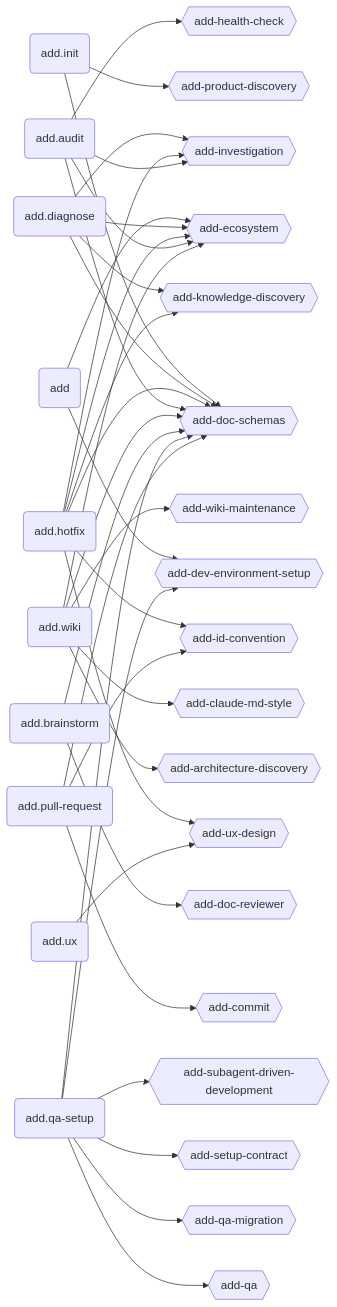
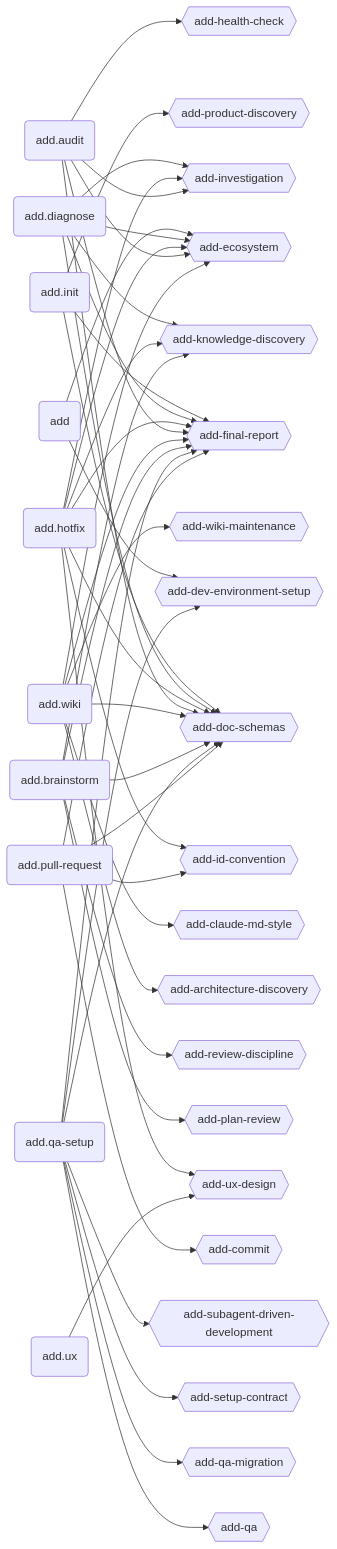
Before and after one commit to brabos-ai/code-addiction: the second of 3 diagrams in ecosystem.md, drawn with Mermaid. The commit also changed other lines of this file and 3 other files, not shown here.

````diff
--- a/ecosystem.md
+++ b/ecosystem.md
@@ -46,43 +48,45 @@
 ```mermaid
 graph LR
   ADD(add)
   INIT(add.init)
   DIAGNOSE(add.diagnose)
   HOTFIX(add.hotfix)
   AUDIT(add.audit)
   WIKI(add.wiki)
   BRAINSTORM(add.brainstorm)
   UX(add.ux)
   QASETUP(add.qa-setup)
   PULLREQUEST(add.pull-request)
 
   ARDI{{add-architecture-discovery}}
   CLMDST{{add-claude-md-style}}
   CO{{add-commit}}
   DEENSE{{add-dev-environment-setup}}
-  DORE{{add-doc-reviewer}}
   DOSC{{add-doc-schemas}}
   EC{{add-ecosystem}}
+  FINR{{add-final-report}}
   HECH{{add-health-check}}
   IDCO{{add-id-convention}}
   IN{{add-investigation}}
   KNDI{{add-knowledge-discovery}}
   PRDI{{add-product-discovery}}
+  PRV{{add-plan-review}}
   QA{{add-qa}}
   QAMI{{add-qa-migration}}
+  RVDI{{add-review-discipline}}
   SECO{{add-setup-contract}}
-  SUDRDE{{add-subagent-driven-development}}
+  SDDA{{add-subagent-driven-development}}
   UXDE{{add-ux-design}}
   WIMA{{add-wiki-maintenance}}
 
   ADD --> DEENSE & EC
-  INIT --> DOSC & PRDI
-  DIAGNOSE --> DOSC & EC & IN & KNDI
-  HOTFIX --> DOSC & EC & IDCO & IN & KNDI & UXDE
-  AUDIT --> DOSC & EC & HECH & IN
-  WIKI --> ARDI & CLMDST & DOSC & EC & WIMA
-  BRAINSTORM --> DORE & DOSC
+  INIT --> DOSC & FINR & PRDI
+  DIAGNOSE --> DOSC & EC & FINR & IN & KNDI
+  HOTFIX --> DOSC & EC & FINR & IDCO & IN & KNDI & UXDE
+  AUDIT --> DOSC & EC & FINR & HECH & IN
+  WIKI --> ARDI & CLMDST & DOSC & EC & FINR & WIMA
+  BRAINSTORM --> DOSC & FINR & KNDI & PRV & RVDI
   UX --> UXDE
-  QASETUP --> DEENSE & DOSC & QA & QAMI & SECO & SUDRDE
-  PULLREQUEST --> CO & DOSC & IDCO
+  QASETUP --> DEENSE & DOSC & FINR & QA & QAMI & SECO & SDDA
+  PULLREQUEST --> CO & DOSC & FINR & IDCO
 ```
````
